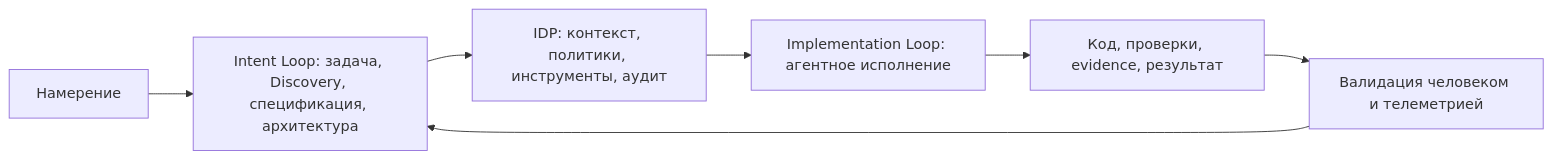
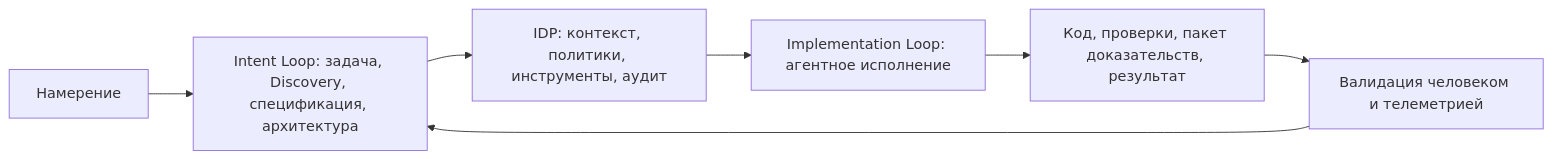
One commit to VladimirSemenyuk/KnowledgeOS changed the diagram in Frameworks/source-notes/ai-disrupt-pdlc-whitepaper-2026.md. Above: the diagram before and after it, drawn with Mermaid. The commit also changed other lines of this file and 6 other files, not shown here.

````diff
--- a/Frameworks/source-notes/ai-disrupt-pdlc-whitepaper-2026.md
+++ b/Frameworks/source-notes/ai-disrupt-pdlc-whitepaper-2026.md
@@ -90,9 +90,9 @@
 ```mermaid
 flowchart LR
     A["Намерение"] --> B["Intent Loop: задача, Discovery, спецификация, архитектура"]
     B --> C["IDP: контекст, политики, инструменты, аудит"]
     C --> D["Implementation Loop: агентное исполнение"]
-    D --> E["Код, проверки, evidence, результат"]
+    D --> E["Код, проверки, пакет доказательств, результат"]
     E --> F["Валидация человеком и телеметрией"]
     F --> B
 ```
````
